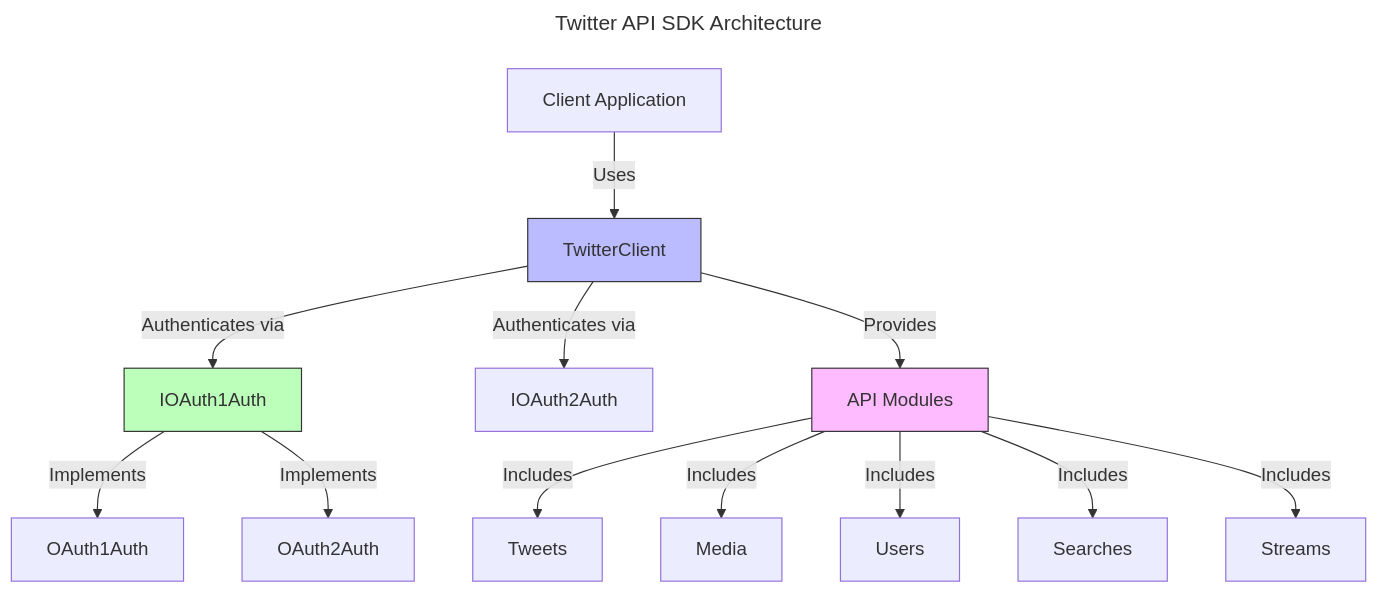
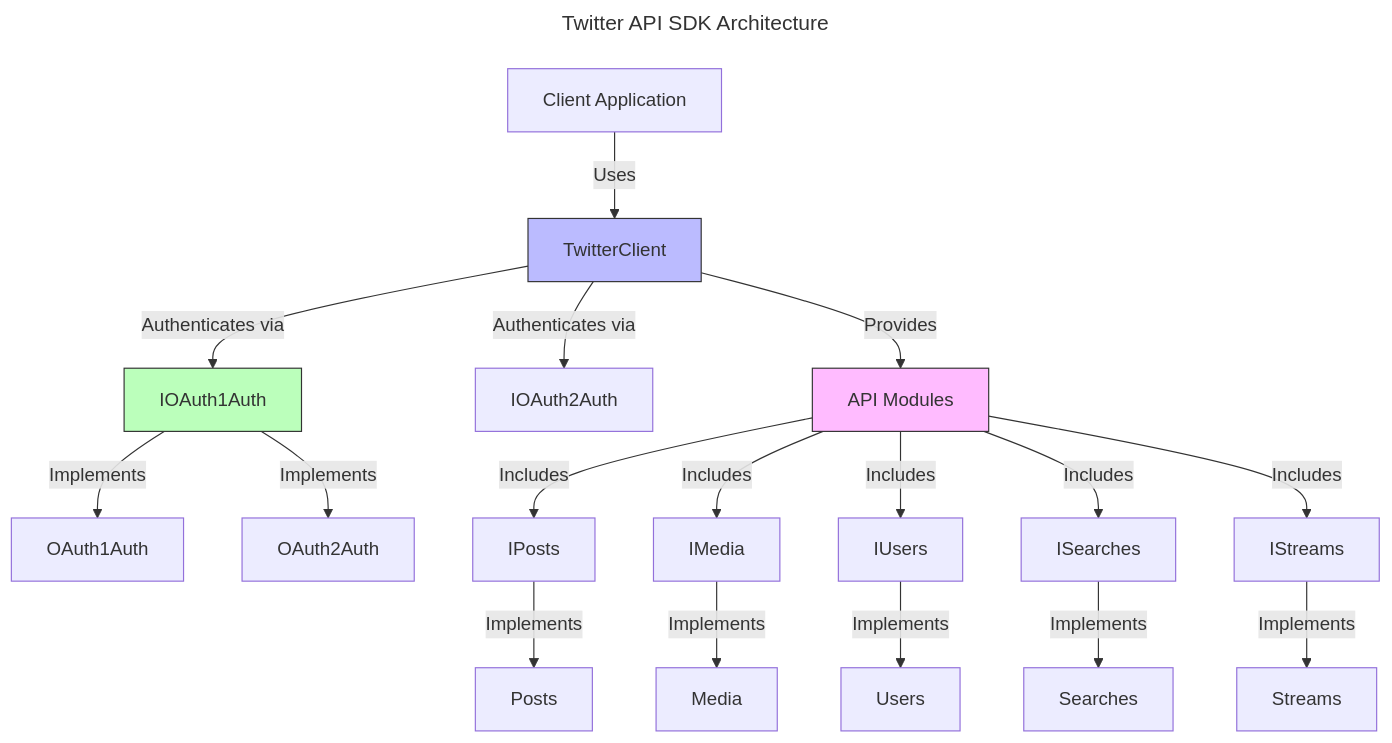
The diagram in docs/project-overview.md (Micka33/x-api-sdk-ts), drawn with Mermaid before and after one commit. The commit also changed other lines of this file and 11 other files, not shown here.

````diff
--- a/docs/project-overview.md
+++ b/docs/project-overview.md
@@ -81,21 +81,27 @@
 ```mermaid
 ---
 title: Twitter API SDK Architecture
 ---
 graph TD
     A[Client Application] -->|Uses| B[TwitterClient]
     B -->|Authenticates via| C[IOAuth1Auth]
     B -->|Authenticates via| D[IOAuth2Auth]
     C -->|Implements| E[OAuth1Auth]
     C -->|Implements| F[OAuth2Auth]
     B -->|Provides| G[API Modules]
-    G -->|Includes| H[Tweets]
-    G -->|Includes| I[Media]
-    G -->|Includes| J[Users]
-    G -->|Includes| K[Searches]
-    G -->|Includes| L[Streams]
+    G -->|Includes| H[IPosts]
+    G -->|Includes| I[IMedia]
+    G -->|Includes| J[IUsers]
+    G -->|Includes| K[ISearches]
+    G -->|Includes| L[IStreams]
+    H -->|Implements| M[Posts]
+    I -->|Implements| N[Media]
+    J -->|Implements| O[Users]
+    K -->|Implements| P[Searches]
+    L -->|Implements| Q[Streams]
     
     style B fill:#bbf,stroke:#333
     style C fill:#bfb,stroke:#333
+    style G fill:#bbf,stroke:#333
     style G fill:#fbf,stroke:#333
 ```
````
